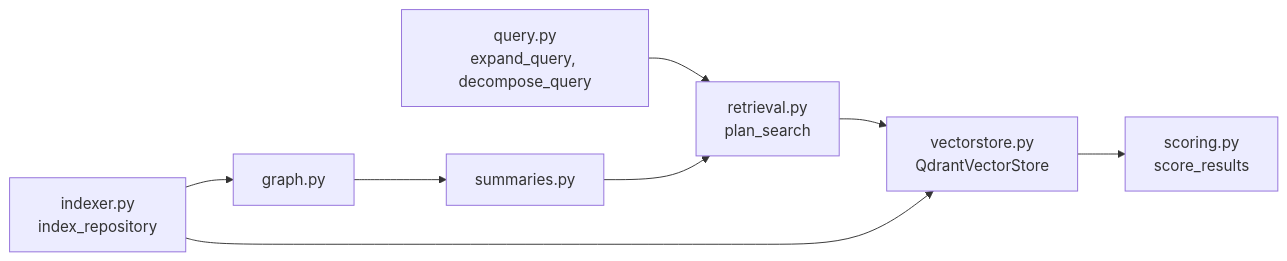
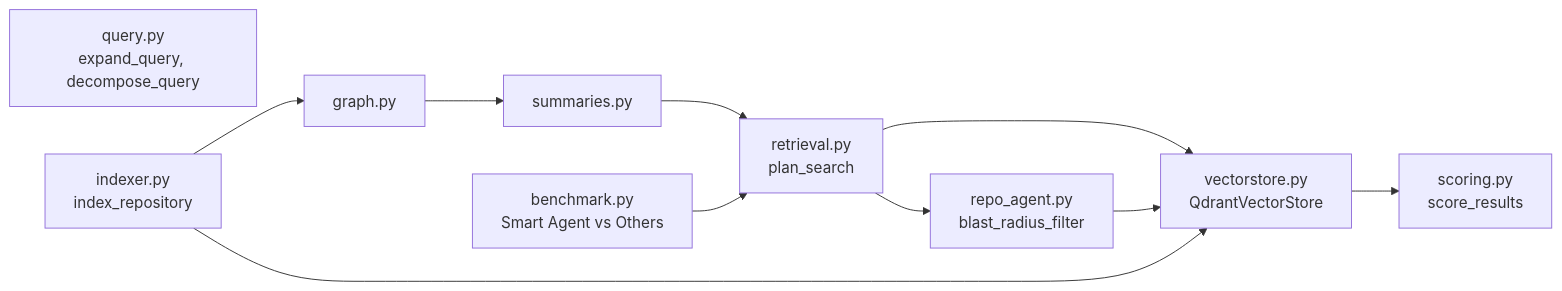
The third of 3 diagrams in docs/wiki/Core Concepts/Search Strategies.md (NcitDev/ragsystem), drawn with Mermaid before and after one commit. The commit also changed other lines of this file and 27 other files, not shown here.

````diff
--- a/docs/wiki/Core Concepts/Search Strategies.md
+++ b/docs/wiki/Core Concepts/Search Strategies.md
@@ -267,17 +481,21 @@
 ```mermaid
 graph LR
 Q["query.py<br/>expand_query, decompose_query"]
 RA["retrieval.py<br/>plan_search"]
+RA2["repo_agent.py<br/>blast_radius_filter"]
 VS["vectorstore.py<br/>QdrantVectorStore"]
 SC["scoring.py<br/>score_results"]
 ID["indexer.py<br/>index_repository"]
 GR["graph.py"]
 SM["summaries.py"]
-Q --> RA
+BA["benchmark.py<br/>Smart Agent vs Others"]
 RA --> VS
+RA --> RA2
+RA2 --> VS
 VS --> SC
 ID --> VS
 ID --> GR
 GR --> SM
 SM --> RA
+BA --> RA
 ```
````
